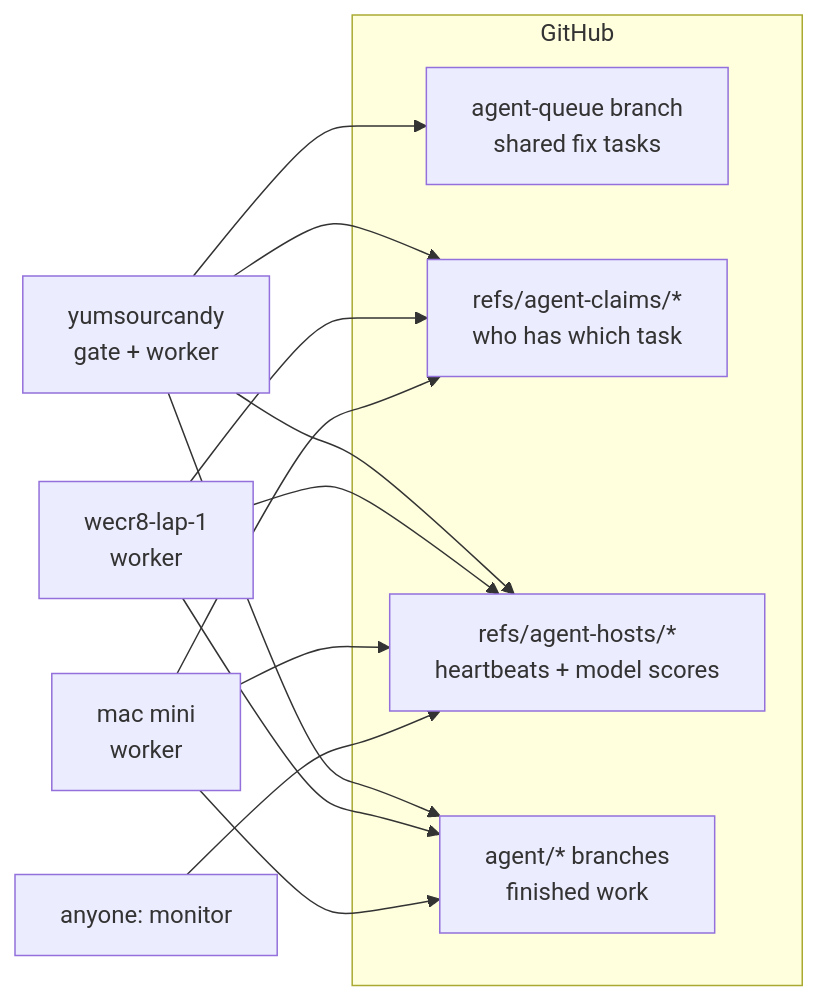
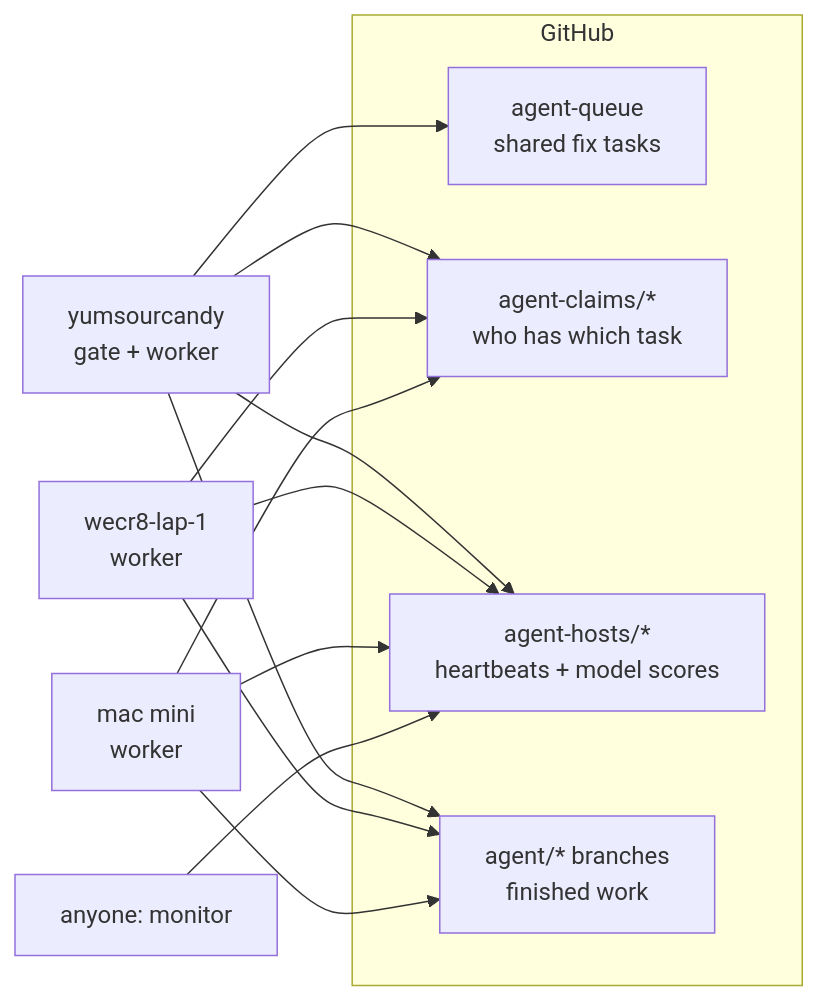
Before and after one commit to WeCr8-Solutions/jobline.ai-g-code: the diagram in tools/agent-loop/OVERNIGHT.md, drawn with Mermaid. The commit also changed other lines of this file and 5 other files, not shown here.

First line of the commit message:
Agent loop: keep claims and heartbeats under refs/heads/

````diff
--- a/tools/agent-loop/OVERNIGHT.md
+++ b/tools/agent-loop/OVERNIGHT.md
@@ -10,16 +10,16 @@
 ```mermaid
 flowchart LR
   subgraph GitHub
-    Q[agent-queue branch<br/>shared fix tasks]
-    C[refs/agent-claims/*<br/>who has which task]
-    H[refs/agent-hosts/*<br/>heartbeats + model scores]
+    Q[agent-queue<br/>shared fix tasks]
+    C[agent-claims/*<br/>who has which task]
+    H[agent-hosts/*<br/>heartbeats + model scores]
     B[agent/* branches<br/>finished work]
   end
   Y[yumsourcandy<br/>gate + worker] --> Q
   Y --> C
   L[wecr8-lap-1<br/>worker] --> C
   M[mac mini<br/>worker] --> C
   Y & L & M --> H
   Y & L & M --> B
   W[anyone: monitor] --> H
 ```
````
